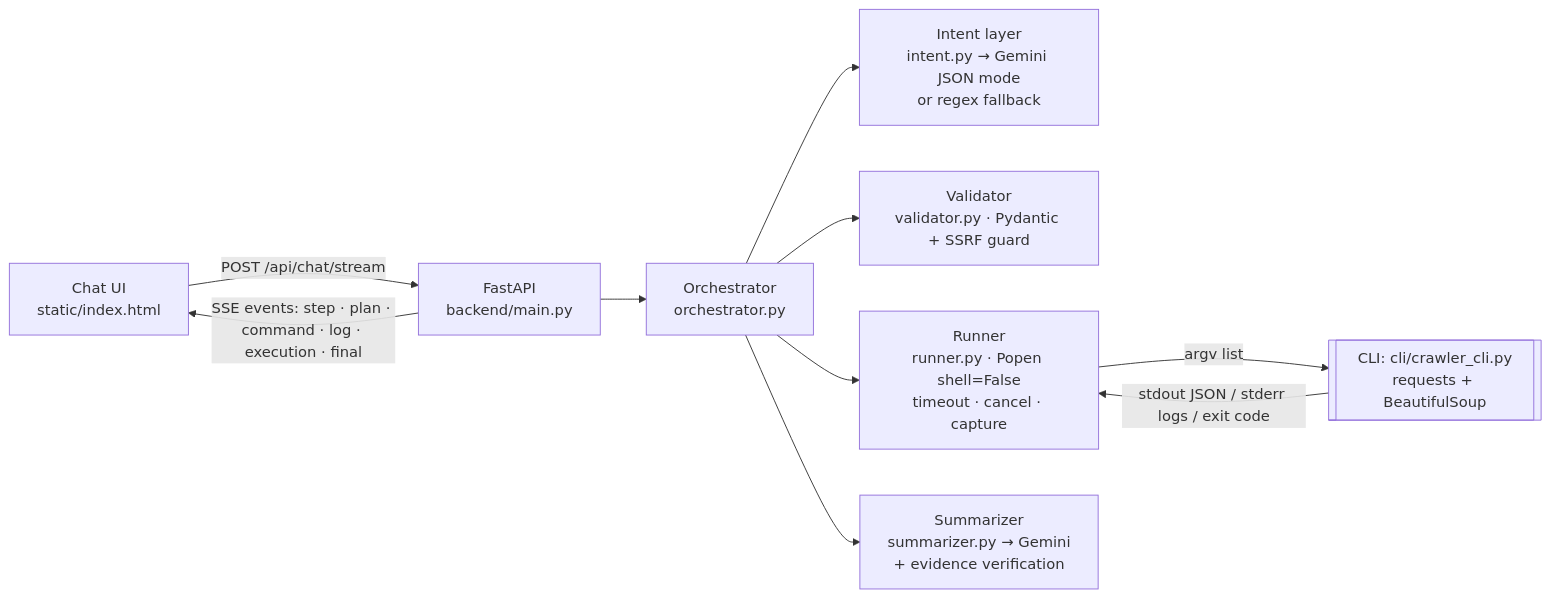
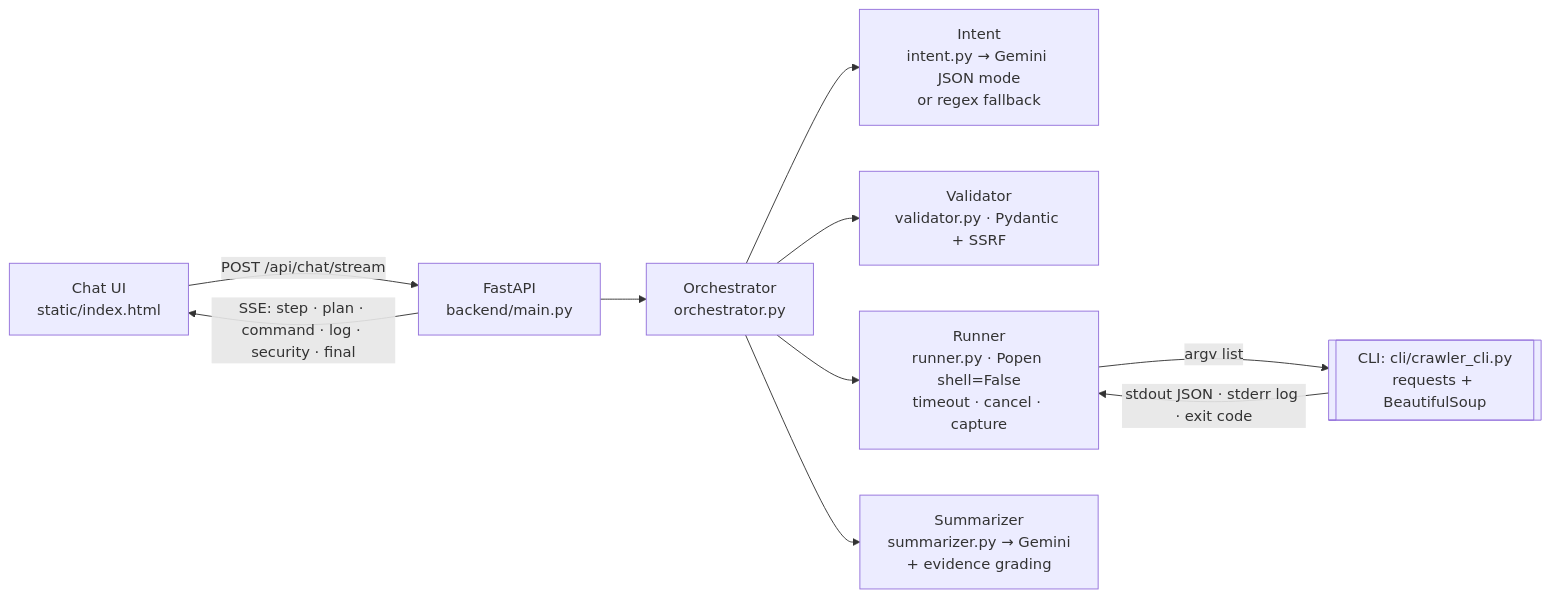
Before and after one commit to s-amit2804/buildsprint-cli-chat: the diagram in README.md, drawn with Mermaid. The commit also changed other lines of this file and 7 other files, not shown here.

````diff
--- a/README.md
+++ b/README.md
@@ -89,12 +108,12 @@
 ```mermaid
 flowchart LR
   U[Chat UI<br/>static/index.html] -- POST /api/chat/stream --> M[FastAPI<br/>backend/main.py]
   M --> O[Orchestrator<br/>orchestrator.py]
-  O --> I[Intent layer<br/>intent.py → Gemini JSON mode<br/>or regex fallback]
-  O --> V[Validator<br/>validator.py · Pydantic + SSRF guard]
+  O --> I[Intent<br/>intent.py → Gemini JSON mode<br/>or regex fallback]
+  O --> V[Validator<br/>validator.py · Pydantic + SSRF]
   O --> R[Runner<br/>runner.py · Popen shell=False<br/>timeout · cancel · capture]
   R -- argv list --> C[[CLI: cli/crawler_cli.py<br/>requests + BeautifulSoup]]
-  C -- stdout JSON / stderr logs / exit code --> R
-  O --> S[Summarizer<br/>summarizer.py → Gemini<br/>+ evidence verification]
-  M -- SSE events: step · plan · command · log · execution · final --> U
+  C -- stdout JSON · stderr log · exit code --> R
+  O --> S[Summarizer<br/>summarizer.py → Gemini<br/>+ evidence grading]
+  M -- SSE: step · plan · command · log · security · final --> U
 ```
````
